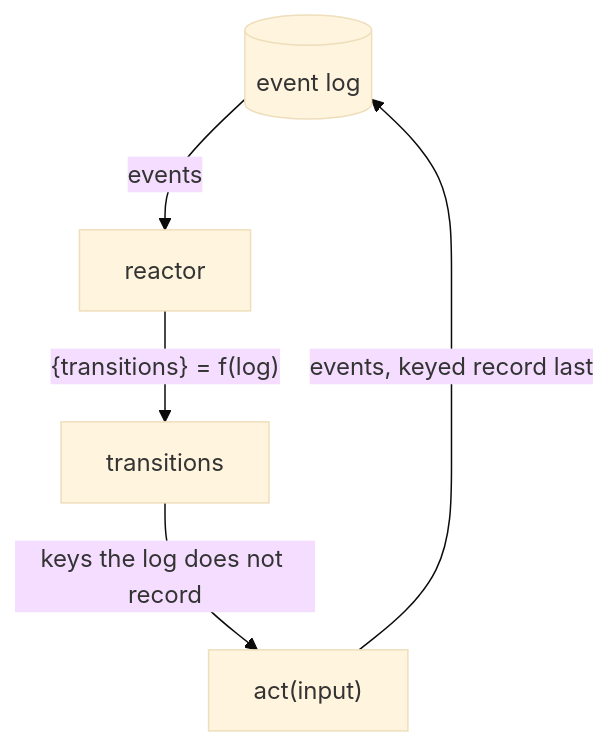
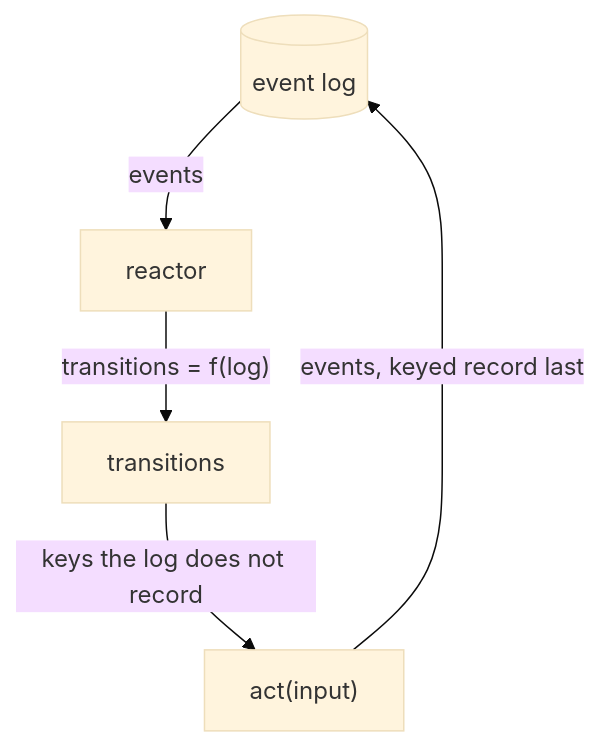
Before and after one commit to clavia-labs/tardigrade: the first of 2 diagrams in docs/quickstart.md, drawn with Mermaid (base theme). The commit also changed other lines of this file and 22 other files, not shown here.

````diff
--- a/docs/quickstart.md
+++ b/docs/quickstart.md
@@ -57,7 +66,7 @@
 ```mermaid
 flowchart TB
   log[("event log")] -->|"events"| reactor["reactor"]
-  reactor -->|"{transitions} = f(log)"| transitions["transitions"]
+  reactor -->|"transitions = f(log)"| transitions["transitions"]
   transitions -->|"keys the log does not record"| act["act(input)"]
   act -->|"events, keyed record last"| log
 ```
````
